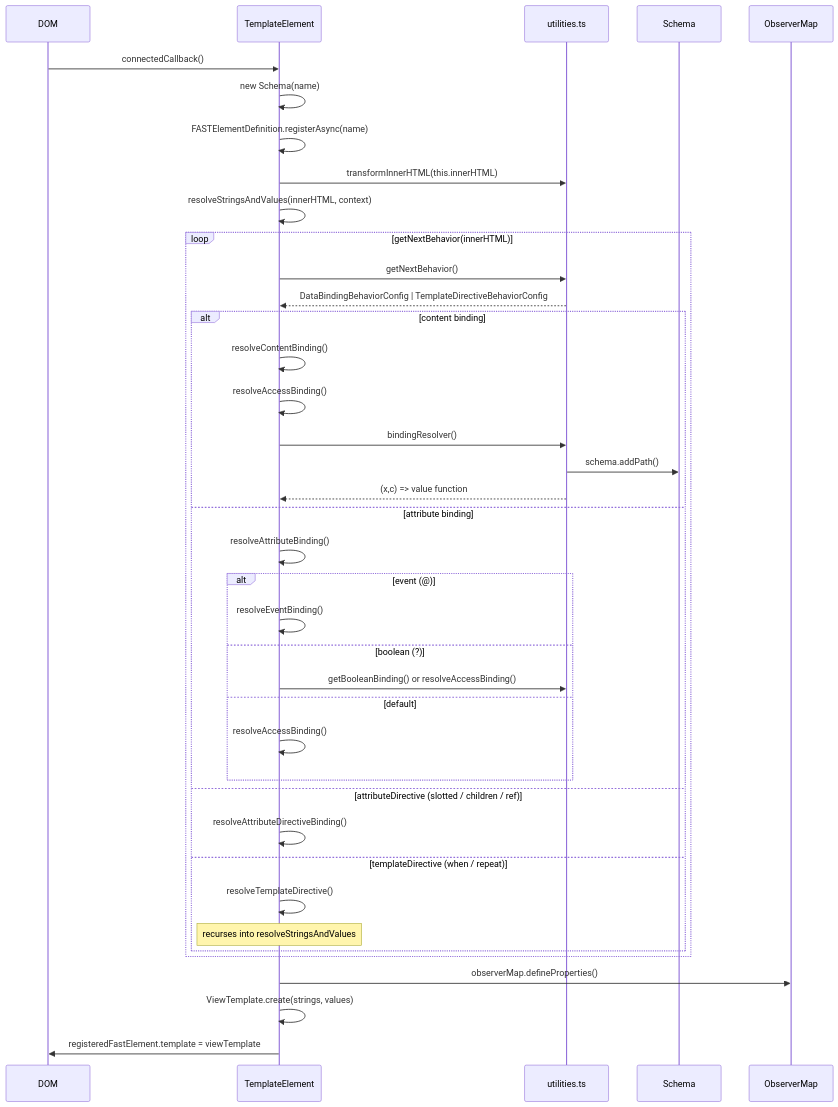
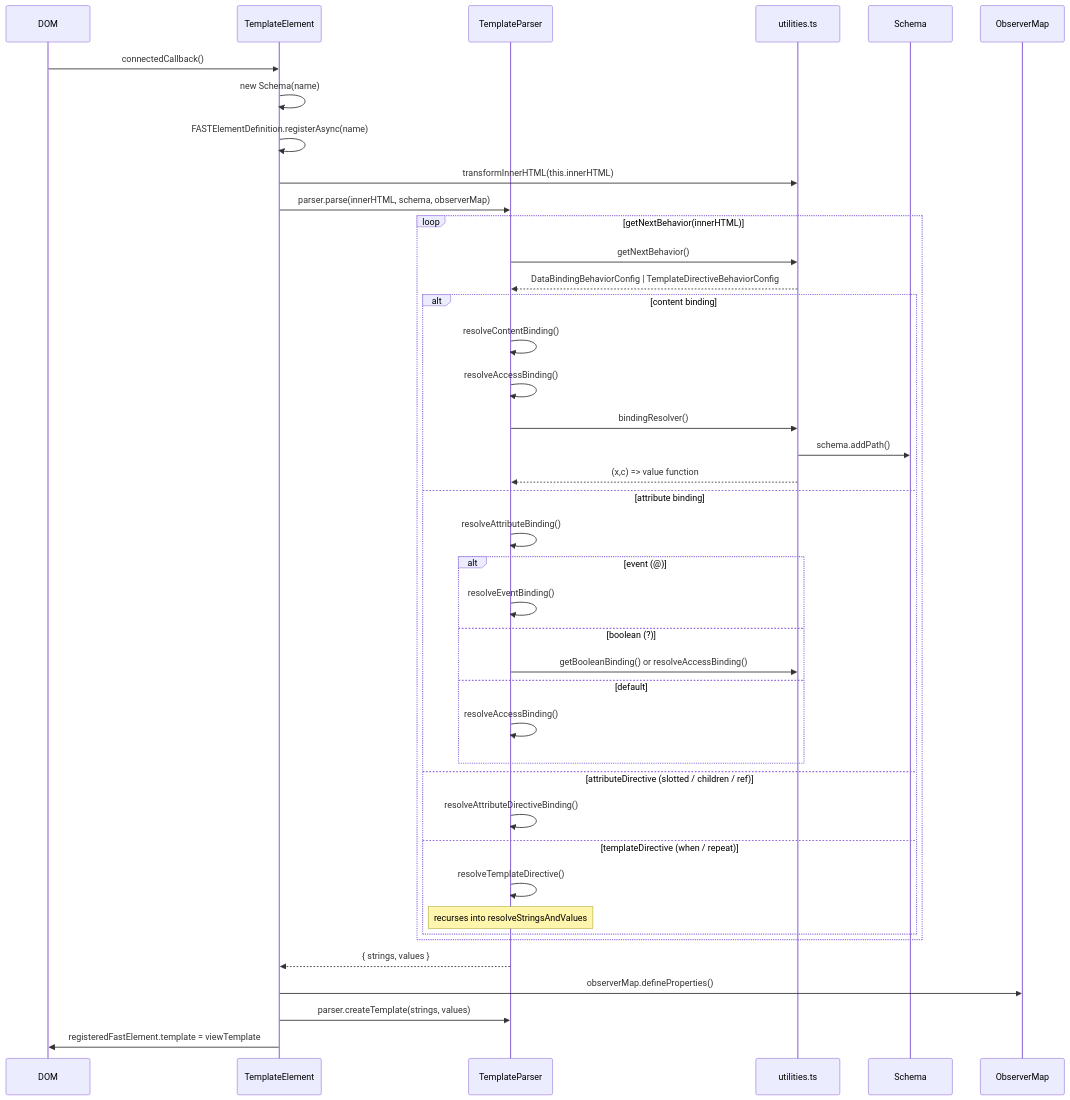
One commit to microsoft/fast changed the second of 4 diagrams in packages/fast-html/DESIGN.md. Above: the diagram before and after it, drawn with Mermaid. The commit also changed other lines of this file and 3 other files, not shown here.

First line of the commit message:
refactor: extract TemplateParser class from TemplateElement

````diff
--- a/packages/fast-html/DESIGN.md
+++ b/packages/fast-html/DESIGN.md
@@ -258,42 +272,44 @@
 ```mermaid
 sequenceDiagram
     participant DOM
     participant TE as TemplateElement
+    participant TP as TemplateParser
     participant U as utilities.ts
     participant S as Schema
     participant OM as ObserverMap
 
     DOM->>TE: connectedCallback()
     TE->>TE: new Schema(name)
     TE->>TE: FASTElementDefinition.registerAsync(name)
     TE->>U: transformInnerHTML(this.innerHTML)
-    TE->>TE: resolveStringsAndValues(innerHTML, context)
+    TE->>TP: parser.parse(innerHTML, schema, observerMap)
     loop getNextBehavior(innerHTML)
-        TE->>U: getNextBehavior()
-        U-->>TE: DataBindingBehaviorConfig | TemplateDirectiveBehaviorConfig
+        TP->>U: getNextBehavior()
+        U-->>TP: DataBindingBehaviorConfig | TemplateDirectiveBehaviorConfig
         alt content binding
-            TE->>TE: resolveContentBinding()
-            TE->>TE: resolveAccessBinding()
-            TE->>U: bindingResolver()
+            TP->>TP: resolveContentBinding()
+            TP->>TP: resolveAccessBinding()
+            TP->>U: bindingResolver()
             U->>S: schema.addPath()
-            U-->>TE: (x,c) => value function
+            U-->>TP: (x,c) => value function
         else attribute binding
-            TE->>TE: resolveAttributeBinding()
+            TP->>TP: resolveAttributeBinding()
             alt event (@)
-                TE->>TE: resolveEventBinding()
+                TP->>TP: resolveEventBinding()
             else boolean (?)
-                TE->>U: getBooleanBinding() or resolveAccessBinding()
+                TP->>U: getBooleanBinding() or resolveAccessBinding()
             else default
-                TE->>TE: resolveAccessBinding()
+                TP->>TP: resolveAccessBinding()
             end
         else attributeDirective (slotted / children / ref)
-            TE->>TE: resolveAttributeDirectiveBinding()
+            TP->>TP: resolveAttributeDirectiveBinding()
         else templateDirective (when / repeat)
-            TE->>TE: resolveTemplateDirective()
-            note over TE: recurses into resolveStringsAndValues
+            TP->>TP: resolveTemplateDirective()
+            note over TP: recurses into resolveStringsAndValues
         end
     end
+    TP-->>TE: { strings, values }
     TE->>OM: observerMap.defineProperties()
-    TE->>TE: ViewTemplate.create(strings, values)
+    TE->>TP: parser.createTemplate(strings, values)
     TE->>DOM: registeredFastElement.template = viewTemplate
 ```
````
